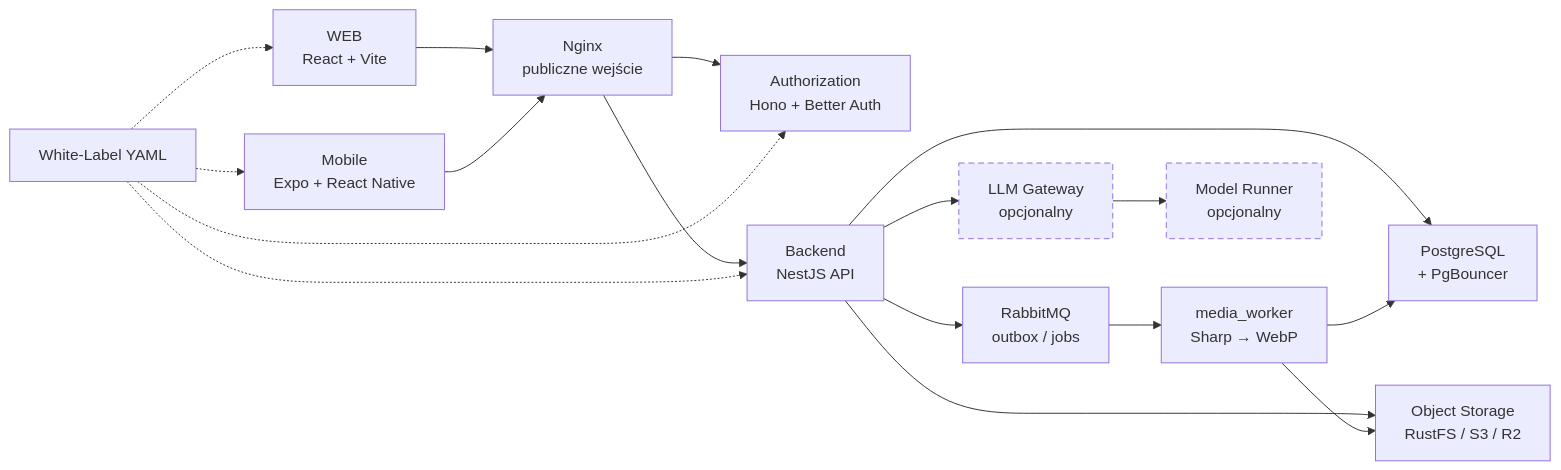
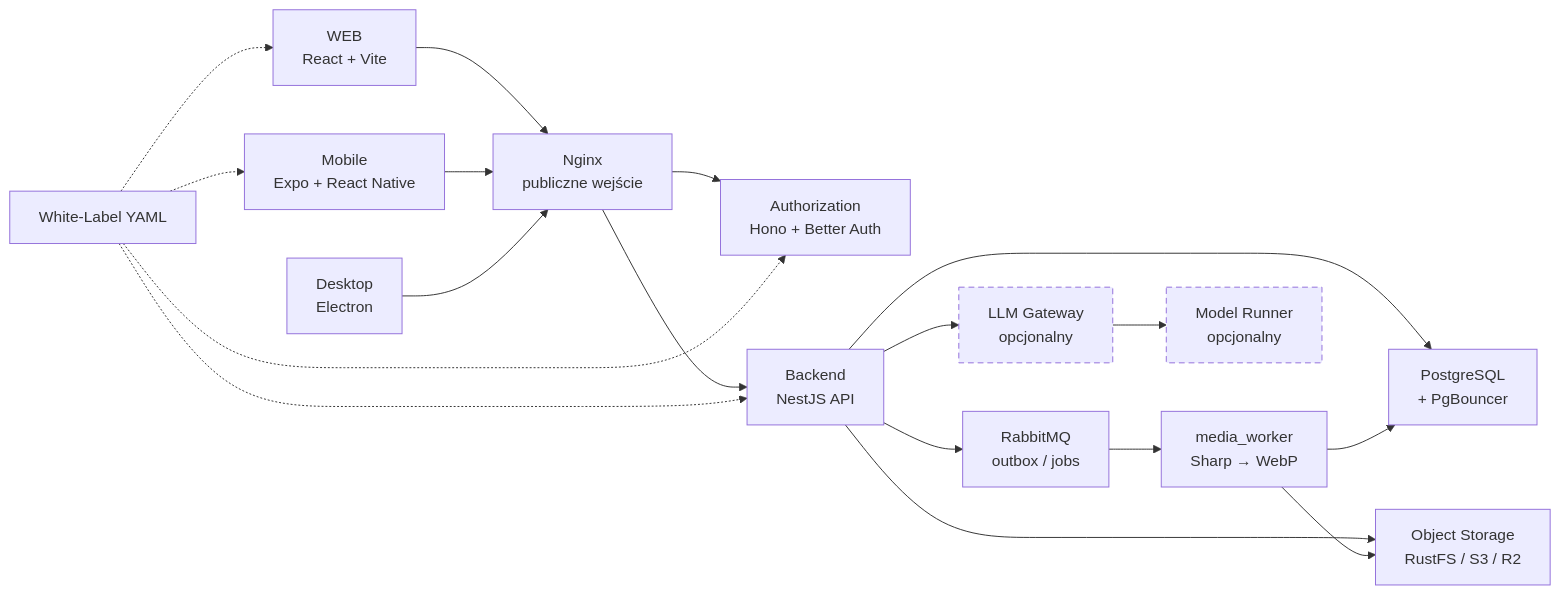
Before and after one commit to MrDeex1k/ZglosTO: the diagram in README.md, drawn with Mermaid. The commit also changed other lines of this file and 103 other files, not shown here.

````diff
--- a/README.md
+++ b/README.md
@@ -190,35 +198,37 @@
 ```mermaid
 flowchart LR
     web["WEB<br/>React + Vite"]
     mobile["Mobile<br/>Expo + React Native"]
+    desktop["Desktop<br/>Electron"]
     edge["Nginx<br/>publiczne wejście"]
     auth["Authorization<br/>Hono + Better Auth"]
     api["Backend<br/>NestJS API"]
     db["PostgreSQL<br/>+ PgBouncer"]
     queue["RabbitMQ<br/>outbox / jobs"]
     worker["media_worker<br/>Sharp → WebP"]
     storage["Object Storage<br/>RustFS / S3 / R2"]
     llm["LLM Gateway<br/>opcjonalny"]
     model["Model Runner<br/>opcjonalny"]
     config["White-Label YAML"]
 
     web --> edge
     mobile --> edge
+    desktop --> edge
     edge --> auth
     edge --> api
     api --> db
     api --> queue
     api --> storage
     queue --> worker
     worker --> storage
     worker --> db
     api --> llm
     llm --> model
     config -.-> web
     config -.-> mobile
     config -.-> auth
     config -.-> api
 
     classDef optional stroke-dasharray: 6 4
     class llm,model optional
 ```
````
